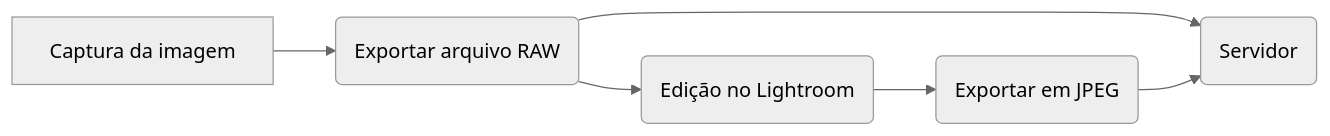
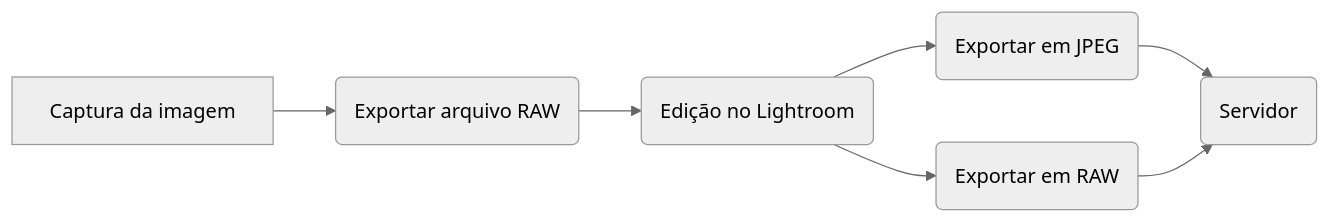
One commit to MuseuNacional/colbio changed the diagram in FluxogramaGeral.md. Above: the diagram before and after it, drawn with Mermaid (neutral theme). The commit also changed other lines of this file, not shown here.

````diff
--- a/FluxogramaGeral.md
+++ b/FluxogramaGeral.md
@@ -1,10 +1,12 @@
 ```mermaid
 graph LR
 A[Captura da imagem] --> B(Exportar arquivo RAW)
-B --> C(Servidor)
-B --> D(Edição no Lightroom)
-D --> E(Exportar em JPEG)
-E --> C
+B --> C(Edição no Lightroom)
+C --> D(Exportar em JPEG)
+C --> E(Exportar em RAW)
+D --> F(Servidor)
+E --> F
+
 
 
 ```
````
